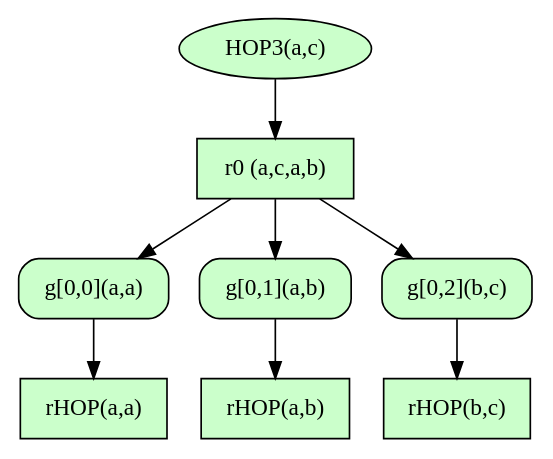
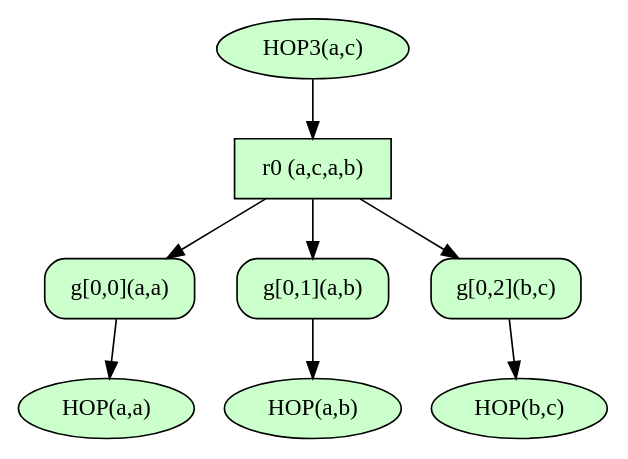
The diagram in examples/datalogAndProvGraphs/graphs/ProvGraph_why_3hop_a_c.dot (IITDBGroup/gprom), drawn with Graphviz before and after one commit. The commit also changed 3 other files, not shown here.

Commit message:
update graph with oval tuple nodes

```diff
--- a/examples/datalogAndProvGraphs/graphs/ProvGraph_why_3hop_a_c.dot
+++ b/examples/datalogAndProvGraphs/graphs/ProvGraph_why_3hop_a_c.dot
@@ -1,55 +1,61 @@
 digraph
 {
 	rankdir="TB"
 
 	node [shape="box", style=filled, color=black, fillcolor="#CBFFCB"]
 RULE_0_WON_a_c_a_b_ [label="r0 (a,c,a,b)", texlbl="$r_0(a,c,a,b)$"]
 
 
 	node [shape="box", style=filled, color=black, fillcolor="#FF8383"]
 
 
 	node [shape="box", style="rounded,filled", color=black, fillcolor="#CBFFCB"]
 GOAL_0_0_WON_a_a_ [label="g[0,0](a,a)", texlbl="$g_{0}^{0}(a,a)$"]
 GOAL_0_1_WON_a_b_ [label="g[0,1](a,b)", texlbl="$g_{0}^{1}(a,b)$"]
 GOAL_0_2_WON_b_c_ [label="g[0,2](b,c)", texlbl="$g_{0}^{2}(b,c)$"]
 
 
 	node [shape="box", style="rounded,filled", color=black, fillcolor="#FF8383"]
 
 
 	node [shape="ellipse", style=filled, color=black, fillcolor="#CBFFCB"]
+REL_HOP_WON_a_a_ [label="HOP(a,a)", texlbl="$HOP(a,a)$"]
+REL_HOP_WON_b_c_ [label="HOP(b,c)", texlbl="$HOP(b,c)$"]
+REL_HOP_WON_a_b_ [label="HOP(a,b)", texlbl="$HOP(a,b)$"]
 REL_HOP3_WON_a_c_ [label="HOP3(a,c)", texlbl="$HOP3(a,c)$"]
 
 
 	node [shape="ellipse", style=filled, color=black, fillcolor="#FF8383"]
 
 
 	node [shape="ellipse", style=filled, color=black, fillcolor="#CBFFCB"]
 
 
 	node [shape="ellipse", style=filled, color=black, fillcolor="#FF8383"]
 
 
 	node [shape="box", style=filled, color=black, fillcolor="#CBFFCB"]
-EDB_rHOP_WON_a_a_ [label="rHOP(a,a)", texlbl="$rHOP(a,a)$"]
-EDB_rHOP_WON_a_b_ [label="rHOP(a,b)", texlbl="$rHOP(a,b)$"]
-EDB_rHOP_WON_b_c_ [label="rHOP(b,c)", texlbl="$rHOP(b,c)$"]
 
 
 	node [shape="box", style=filled, color=black, fillcolor="#FF8383"]
+
+
+	node [shape="ellipse", style=filled, color=black, fillcolor="#CBFFCB"]
+
+
+	node [shape="ellipse", style=filled, color=black, fillcolor="#FF8383"]
 
 
 	node [shape="point"]
 
 
 	node [shape="square", width=0.011, height=0.011, fillcolor=black]
+	GOAL_0_0_WON_a_a_ -> REL_HOP_WON_a_a_
+	RULE_0_WON_a_c_a_b_ -> GOAL_0_1_WON_a_b_
+	GOAL_0_2_WON_b_c_ -> REL_HOP_WON_b_c_
+	RULE_0_WON_a_c_a_b_ -> GOAL_0_0_WON_a_a_
+	GOAL_0_1_WON_a_b_ -> REL_HOP_WON_a_b_
 	REL_HOP3_WON_a_c_ -> RULE_0_WON_a_c_a_b_
-	RULE_0_WON_a_c_a_b_ -> GOAL_0_0_WON_a_a_
-	GOAL_0_0_WON_a_a_ -> EDB_rHOP_WON_a_a_
-	RULE_0_WON_a_c_a_b_ -> GOAL_0_1_WON_a_b_
-	GOAL_0_1_WON_a_b_ -> EDB_rHOP_WON_a_b_
 	RULE_0_WON_a_c_a_b_ -> GOAL_0_2_WON_b_c_
-	GOAL_0_2_WON_b_c_ -> EDB_rHOP_WON_b_c_
 
 }
```
